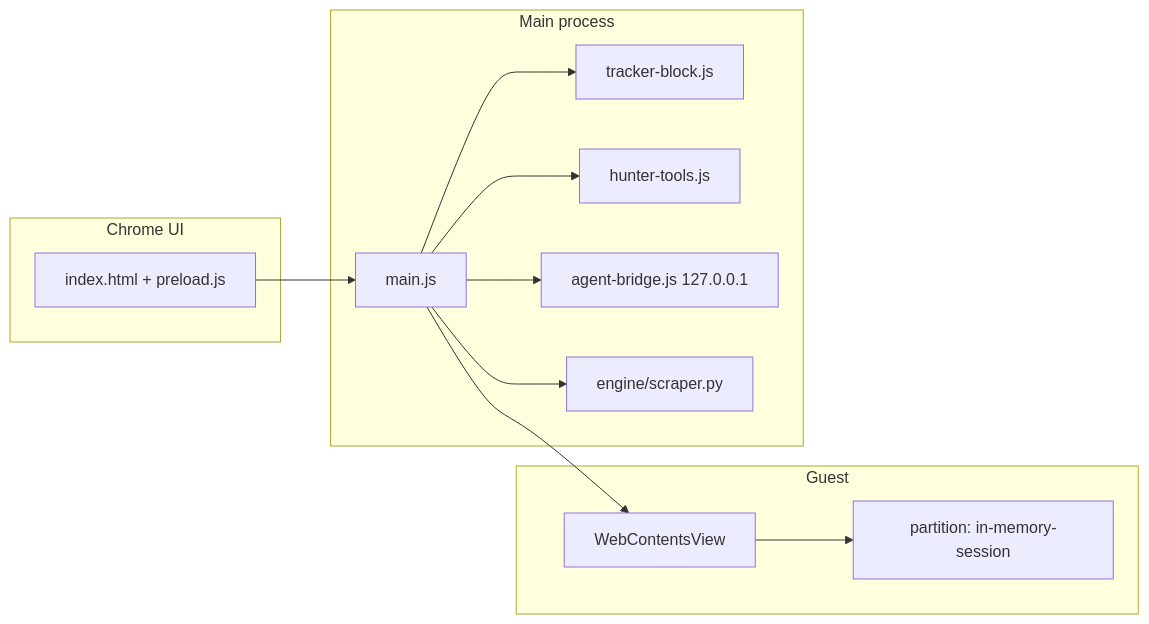
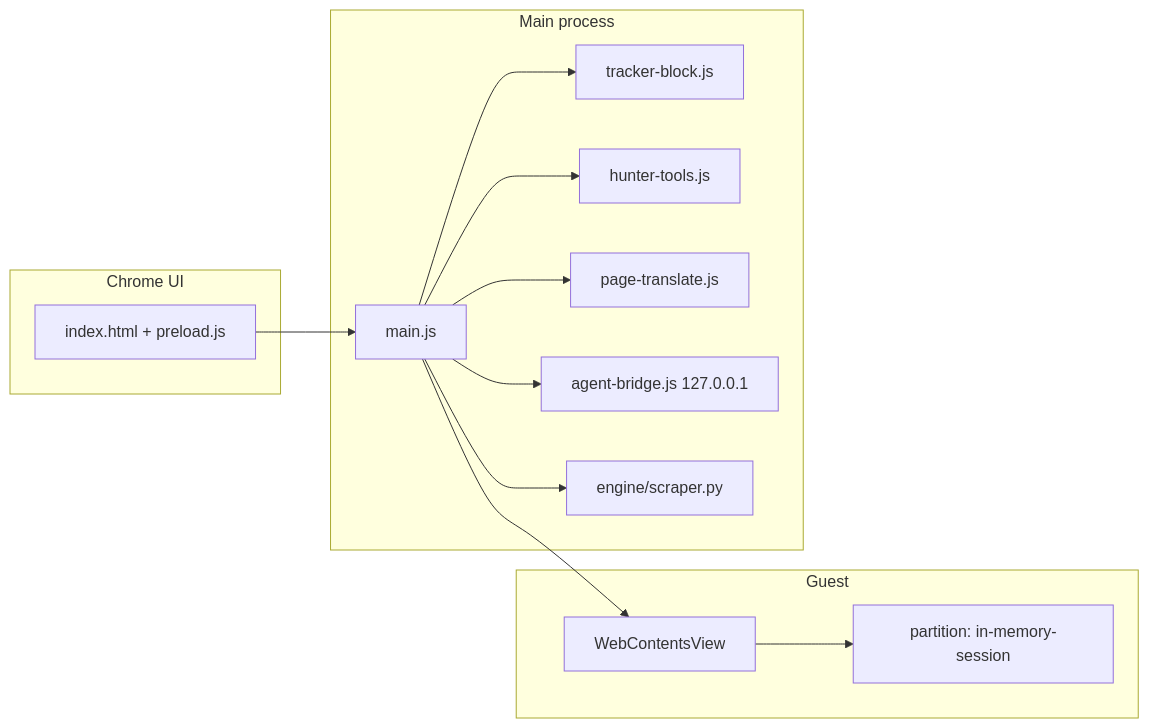
The diagram in README.md (oguzbayata/agent-browser), drawn with Mermaid before and after one commit. The commit also changed other lines of this file and 17 other files, not shown here.

````diff
--- a/README.md
+++ b/README.md
@@ -222,24 +243,26 @@
 ```mermaid
 flowchart LR
   subgraph chrome [Chrome UI]
     Index["index.html + preload.js"]
   end
   subgraph guest [Guest]
     View["WebContentsView"]
     Partition["partition: in-memory-session"]
     View --> Partition
   end
   subgraph main [Main process]
     Main["main.js"]
     Shield["tracker-block.js"]
     Hunter["hunter-tools.js"]
+    Translate["page-translate.js"]
     Bridge["agent-bridge.js 127.0.0.1"]
     Scraper["engine/scraper.py"]
   end
   Index --> Main
   Main --> View
   Main --> Shield
   Main --> Hunter
+  Main --> Translate
   Main --> Bridge
   Main --> Scraper
 ```
````
